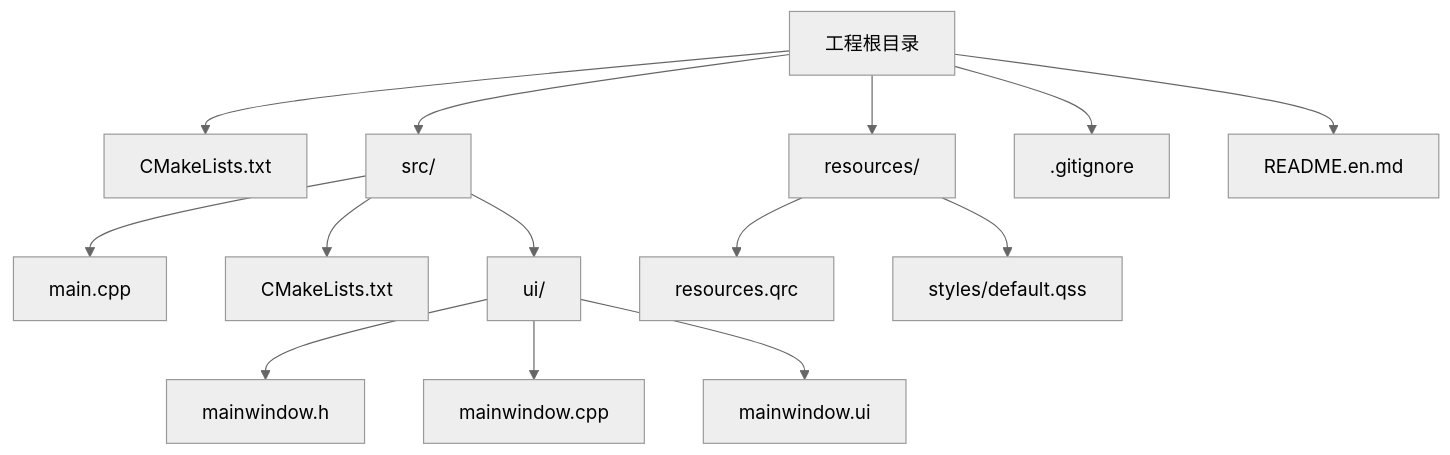
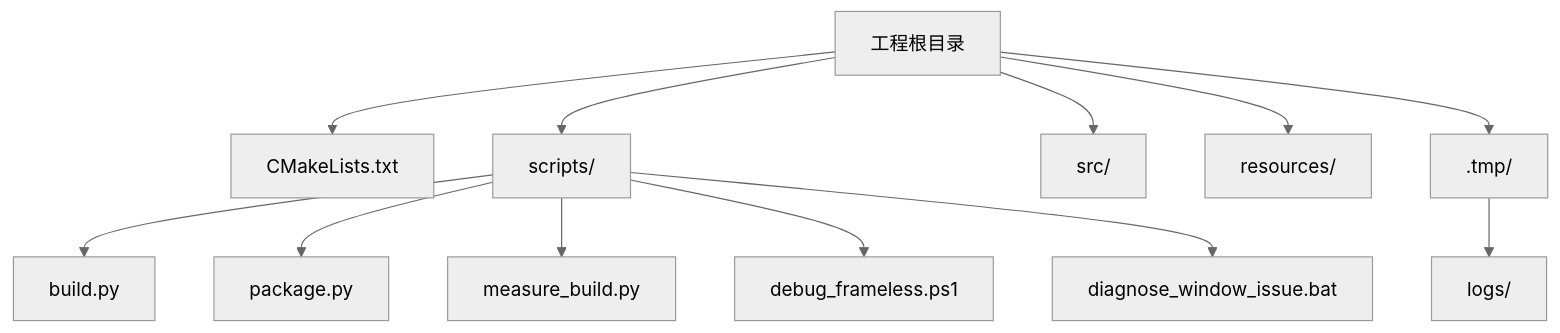
Before and after one commit to jakecai1225-design/OpenBus: the first of 3 diagrams in .qoder/repowiki/zh/content/开发指南/开发工作流.md, drawn with Mermaid (neutral theme). The commit also changed other lines of this file and 58 other files, not shown here.

````diff
--- a/.qoder/repowiki/zh/content/开发指南/开发工作流.md
+++ b/.qoder/repowiki/zh/content/开发指南/开发工作流.md
@@ -54,16 +59,14 @@
 ```mermaid
 graph TB
 A["工程根目录"] --> B["CMakeLists.txt"]
-A --> C["src/"]
-A --> D["resources/"]
-A --> E[".gitignore"]
-A --> F["README.en.md"]
-C --> C1["main.cpp"]
-C --> C2["CMakeLists.txt"]
-C --> C3["ui/"]
-C3 --> C3a["mainwindow.h"]
-C3 --> C3b["mainwindow.cpp"]
-C3 --> C3c["mainwindow.ui"]
-D --> D1["resources.qrc"]
-D --> D2["styles/default.qss"]
+A --> C["scripts/"]
+A --> D["src/"]
+A --> E["resources/"]
+A --> F[".tmp/"]
+C --> C1["build.py"]
+C --> C2["package.py"]
+C --> C3["measure_build.py"]
+C --> C4["debug_frameless.ps1"]
+C --> C5["diagnose_window_issue.bat"]
+F --> F1["logs/"]
 ```
````
